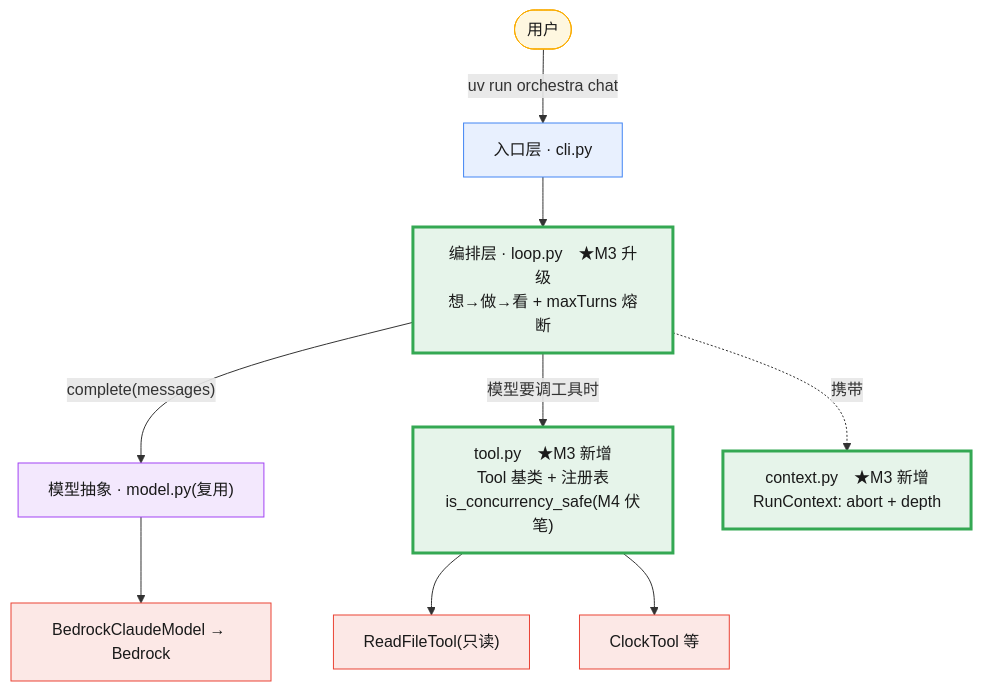
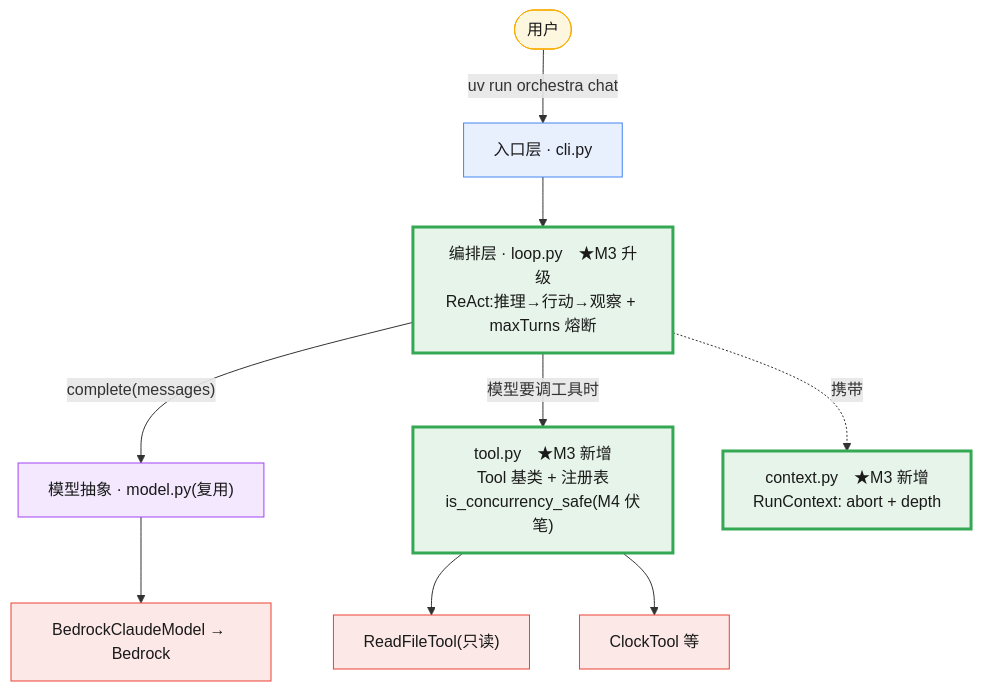
Before and after one commit to anxiong2025/agent-orchestra: the sixth of 7 diagrams in specs/07-迭代开发计划.md, drawn with Mermaid. The commit also changed other lines of this file and 6 other files, not shown here.

````diff
--- a/specs/07-迭代开发计划.md
+++ b/specs/07-迭代开发计划.md
@@ -242,22 +242,22 @@
 ```mermaid
 flowchart TD
     U([用户]) -->|"uv run orchestra chat"| CLI["入口层 · cli.py"]
-    CLI --> LOOP["编排层 · loop.py　★M3 升级<br/>想→做→看 + maxTurns 熔断"]
+    CLI --> LOOP["编排层 · loop.py　★M3 升级<br/>ReAct:推理→行动→观察 + maxTurns 熔断"]
     LOOP -->|"complete(messages)"| M["模型抽象 · model.py(复用)"]
     M --> BR["BedrockClaudeModel → Bedrock"]
     LOOP -->|"模型要调工具时"| REG["tool.py　★M3 新增<br/>Tool 基类 + 注册表<br/>is_concurrency_safe(M4 伏笔)"]
     REG --> RF["ReadFileTool(只读)"]
     REG --> CLK["ClockTool 等"]
     LOOP -.携带.-> CTX["context.py　★M3 新增<br/>RunContext: abort + depth"]
 
     classDef entry fill:#e8f0fe,stroke:#4285f4,color:#1a1a1a;
     classDef new fill:#e6f4ea,stroke:#34a853,color:#1a1a1a,stroke-width:3px;
     classDef core fill:#f3e8fd,stroke:#a142f4,color:#1a1a1a;
     classDef impl fill:#fce8e6,stroke:#ea4335,color:#1a1a1a;
     classDef ext fill:#fef7e0,stroke:#f9ab00,color:#1a1a1a;
     class CLI entry;
     class LOOP,REG,CTX new;
     class M core;
     class BR,RF,CLK impl;
     class U ext;
 ```
````
